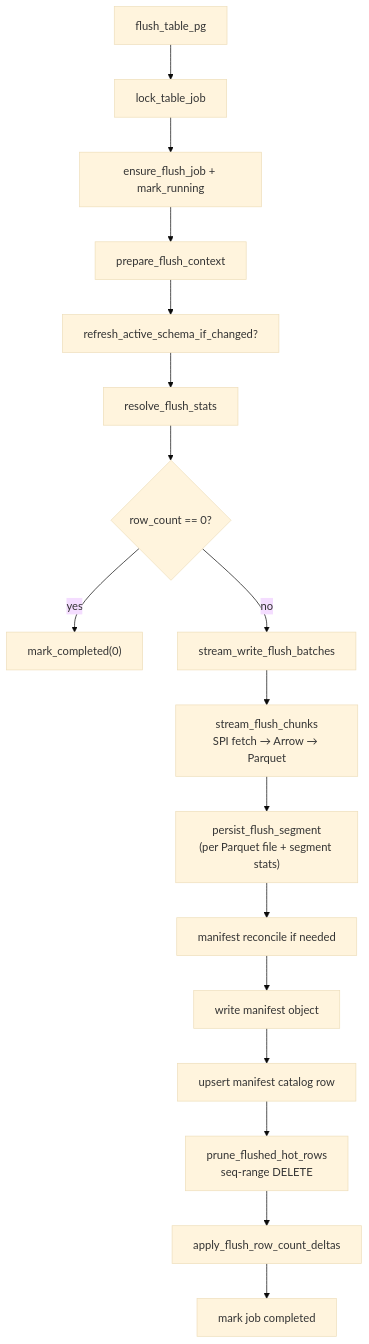
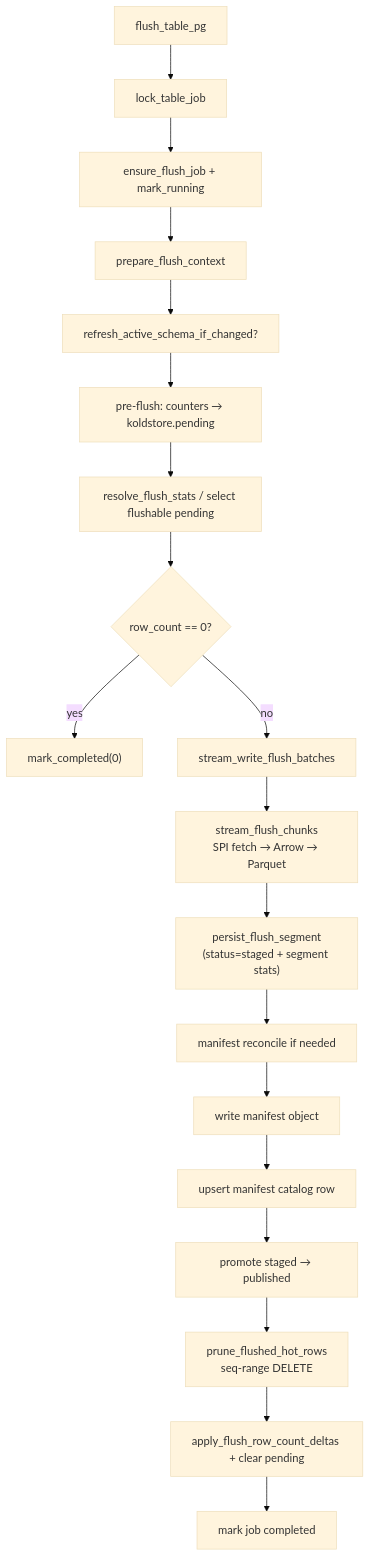
The diagram in docs/architecture/flushing-table.md (kalamdb/koldstore), drawn with Mermaid (base theme) before and after one commit. The commit also changed other lines of this file and 97 other files, not shown here.

Commit message:
Added schema managements and alter support & breaking changes to manifest

````diff
--- a/docs/architecture/flushing-table.md
+++ b/docs/architecture/flushing-table.md
@@ -21,19 +31,21 @@
 ```mermaid
 flowchart TD
   A["flush_table_pg"] --> B["lock_table_job"]
   B --> C["ensure_flush_job + mark_running"]
   C --> D["prepare_flush_context"]
   D --> E["refresh_active_schema_if_changed?"]
-  E --> F["resolve_flush_stats"]
+  E --> PF["pre-flush: counters → koldstore.pending"]
+  PF --> F["resolve_flush_stats / select flushable pending"]
   F --> G{row_count == 0?}
   G -->|yes| H["mark_completed(0)"]
   G -->|no| I["stream_write_flush_batches"]
   I --> J["stream_flush_chunks\nSPI fetch → Arrow → Parquet"]
-  J --> K["persist_flush_segment\n(per Parquet file + segment stats)"]
+  J --> K["persist_flush_segment\n(status=staged + segment stats)"]
   K --> L["manifest reconcile if needed"]
   L --> M["write manifest object"]
   M --> N["upsert manifest catalog row"]
-  N --> O["prune_flushed_hot_rows\nseq-range DELETE"]
-  O --> P["apply_flush_row_count_deltas"]
+  N --> P0["promote staged → published"]
+  P0 --> O["prune_flushed_hot_rows\nseq-range DELETE"]
+  O --> P["apply_flush_row_count_deltas + clear pending"]
   P --> Q["mark job completed"]
 ```
````
